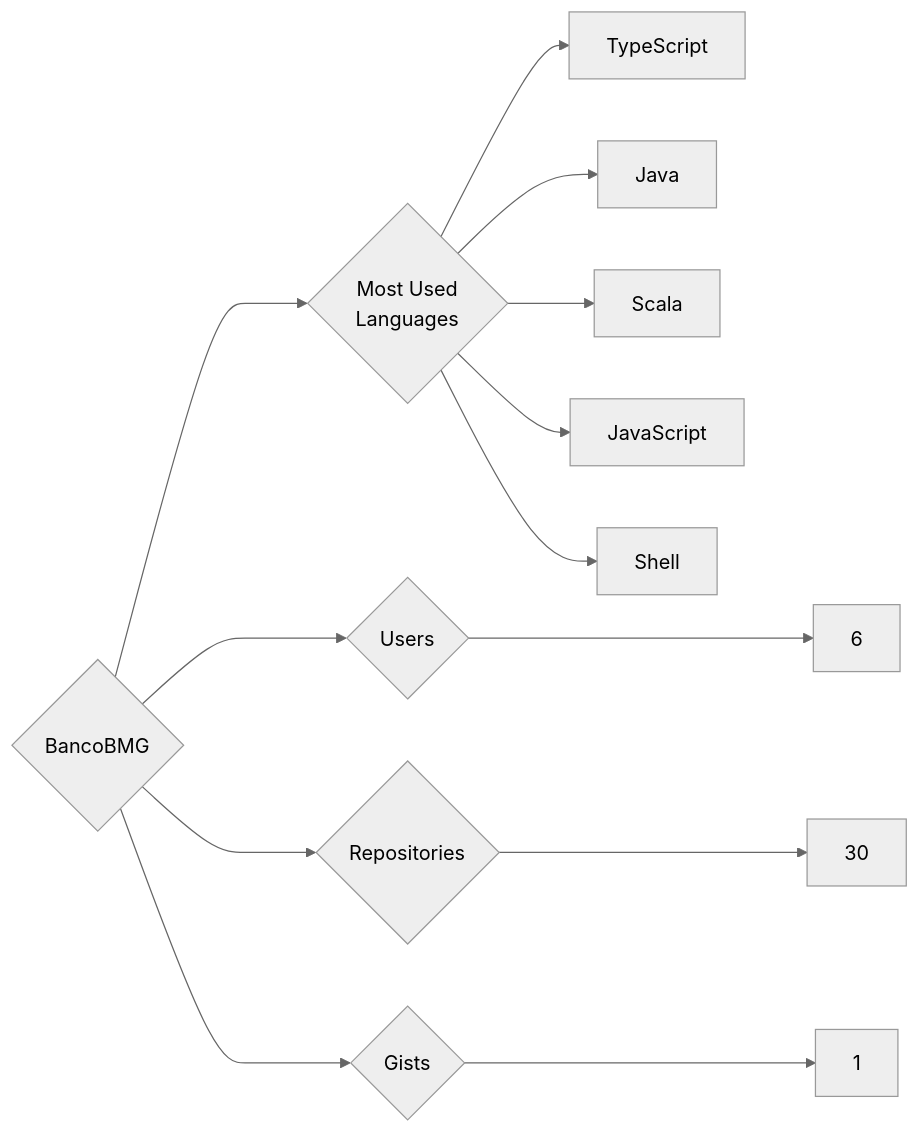
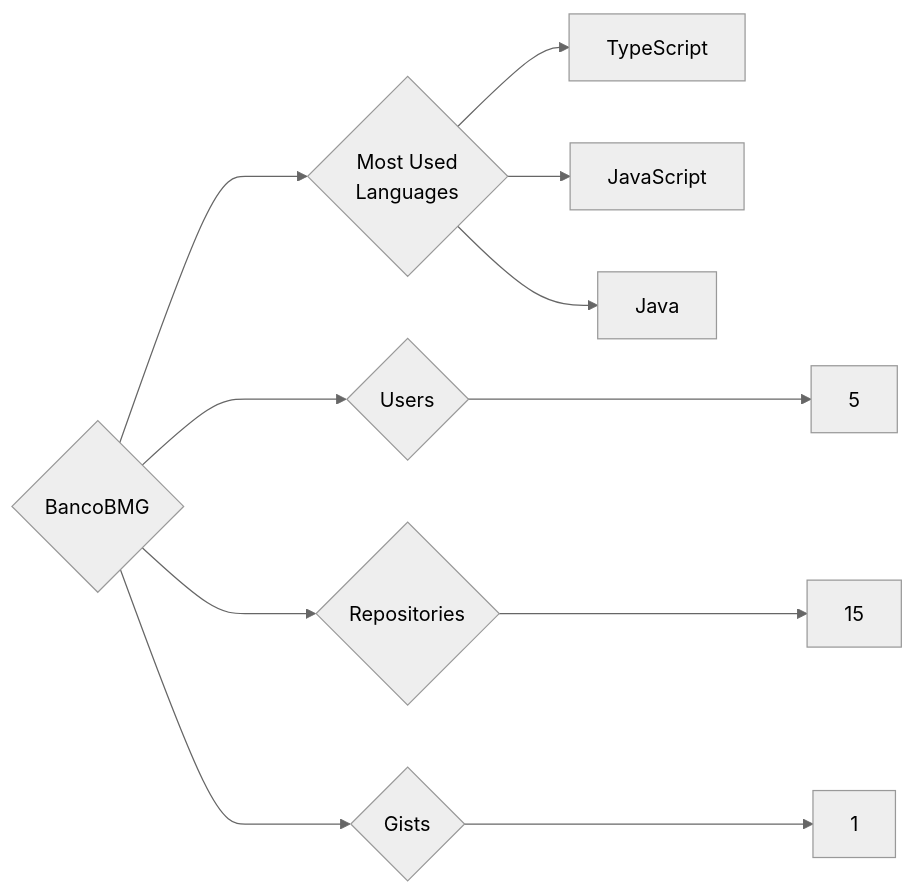
The diagram in targets/BancoBMG/README.md (trickest/insiders), drawn with Mermaid (neutral theme) before and after one commit. The commit also changed 988 other files, not shown here.

````diff
--- a/targets/BancoBMG/README.md
+++ b/targets/BancoBMG/README.md
@@ -3,13 +3,11 @@
 ```mermaid
 graph LR
 COMPANY_NAME{BancoBMG}
-COMPANY_NAME ---> U{Users} ---> UN[6]
-COMPANY_NAME ---> R{Repositories} ---> RN[30]
+COMPANY_NAME ---> U{Users} ---> UN[5]
+COMPANY_NAME ---> R{Repositories} ---> RN[15]
 COMPANY_NAME ---> G{Gists} ---> GN[1]
 COMPANY_NAME ---> ML{Most Used<br>Languages}
 ML --> TypeScript[TypeScript]
+ML --> JavaScript[JavaScript]
 ML --> Java[Java]
-ML --> Scala[Scala]
-ML --> JavaScript[JavaScript]
-ML --> Shell[Shell]
 ```
````
